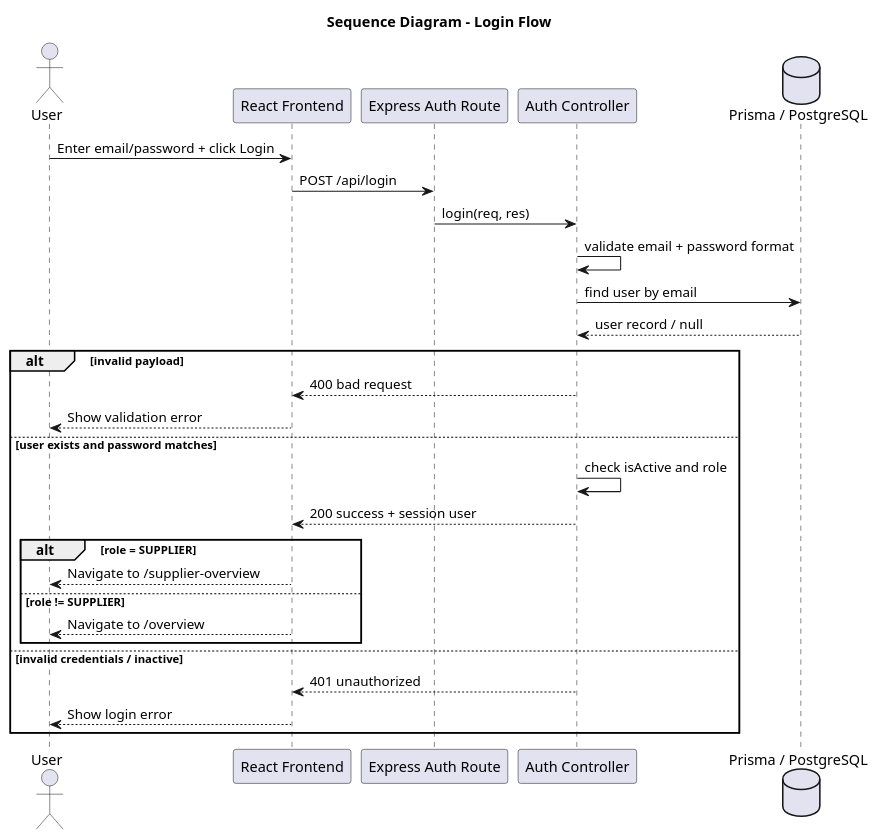
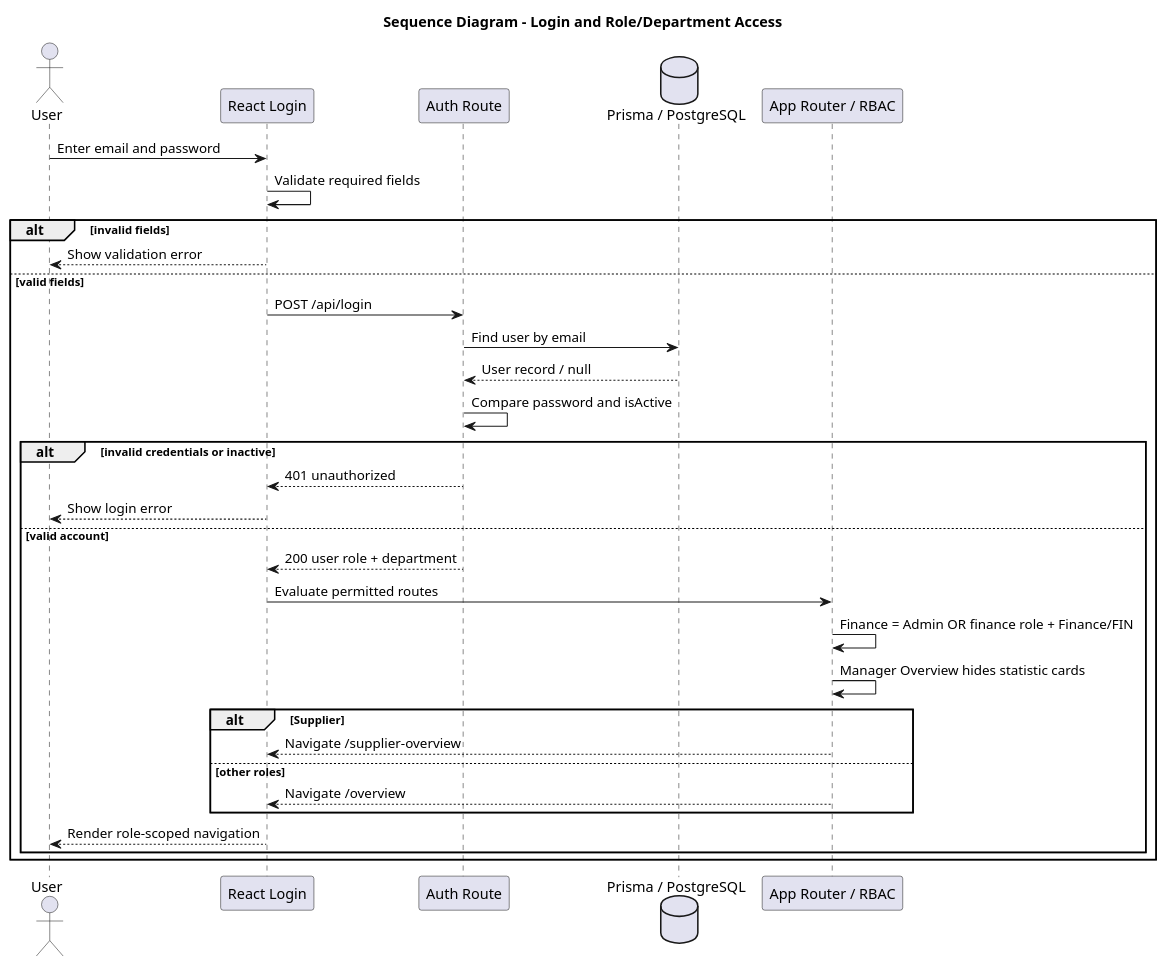
The diagram in Diagram/sequence-login.puml (MoeyChingWei/FYP-MoeyChingWei), drawn with PlantUML before and after one commit. The commit also changed 47 other files, not shown here.

Commit message:
Update for diagram

```diff
--- a/Diagram/sequence-login.puml
+++ b/Diagram/sequence-login.puml
@@ -1,33 +1,35 @@
 @startuml
-title Sequence Diagram - Login Flow
+title Sequence Diagram - Login and Role/Department Access
 
 actor User
-participant "React Frontend" as FE
-participant "Express Auth Route" as AR
-participant "Auth Controller" as AC
+participant "React Login" as FE
+participant "Auth Route" as Auth
 database "Prisma / PostgreSQL" as DB
+participant "App Router / RBAC" as Guard
 
-User -> FE: Enter email/password + click Login
-FE -> AR: POST /api/login
-AR -> AC: login(req, res)
-AC -> AC: validate email + password format
-AC -> DB: find user by email
-DB --> AC: user record / null
-
-alt invalid payload
-  AC --> FE: 400 bad request
+User -> FE: Enter email and password
+FE -> FE: Validate required fields
+alt invalid fields
   FE --> User: Show validation error
-else user exists and password matches
-  AC -> AC: check isActive and role
-  AC --> FE: 200 success + session user
-  alt role = SUPPLIER
-    FE --> User: Navigate to /supplier-overview
-  else role != SUPPLIER
-    FE --> User: Navigate to /overview
+else valid fields
+  FE -> Auth: POST /api/login
+  Auth -> DB: Find user by email
+  DB --> Auth: User record / null
+  Auth -> Auth: Compare password and isActive
+  alt invalid credentials or inactive
+    Auth --> FE: 401 unauthorized
+    FE --> User: Show login error
+  else valid account
+    Auth --> FE: 200 user role + department
+    FE -> Guard: Evaluate permitted routes
+    Guard -> Guard: Finance = Admin OR finance role + Finance/FIN
+    Guard -> Guard: Manager Overview hides statistic cards
+    alt Supplier
+      Guard --> FE: Navigate /supplier-overview
+    else other roles
+      Guard --> FE: Navigate /overview
+    end
+    FE --> User: Render role-scoped navigation
   end
-else invalid credentials / inactive
-  AC --> FE: 401 unauthorized
-  FE --> User: Show login error
 end
-
 @enduml
```
